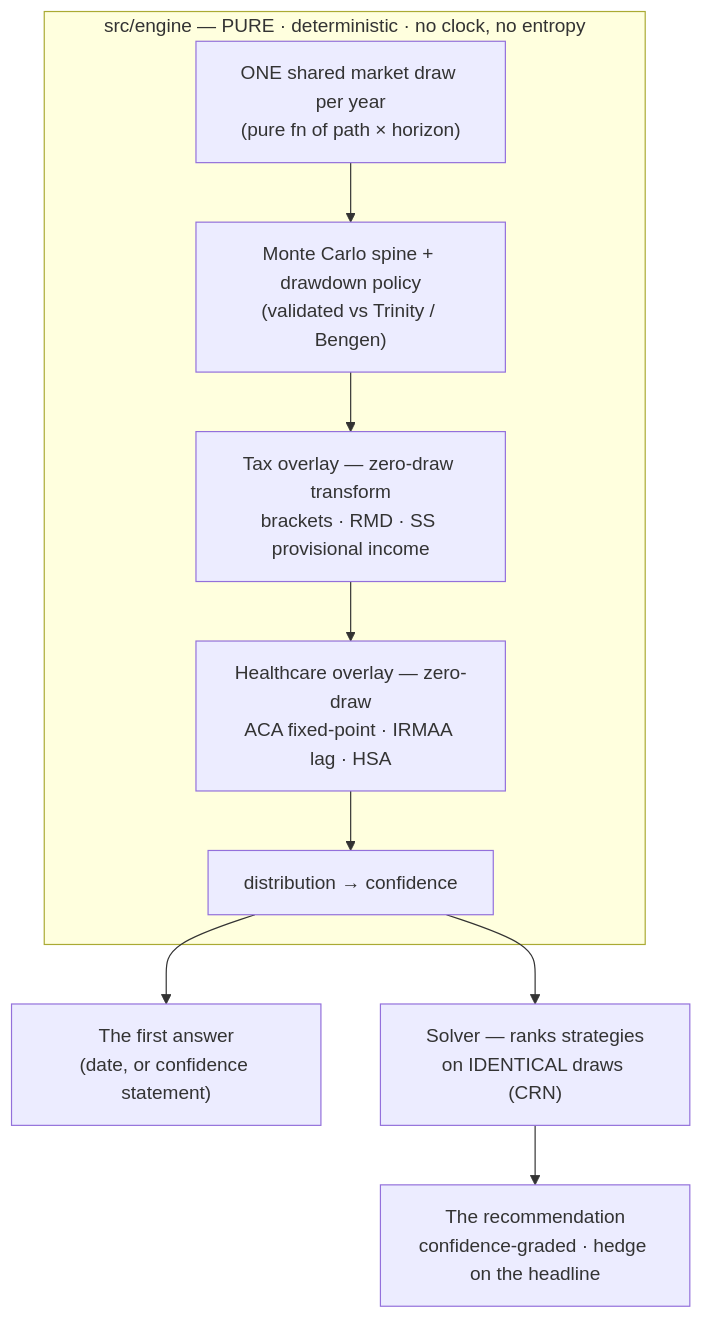
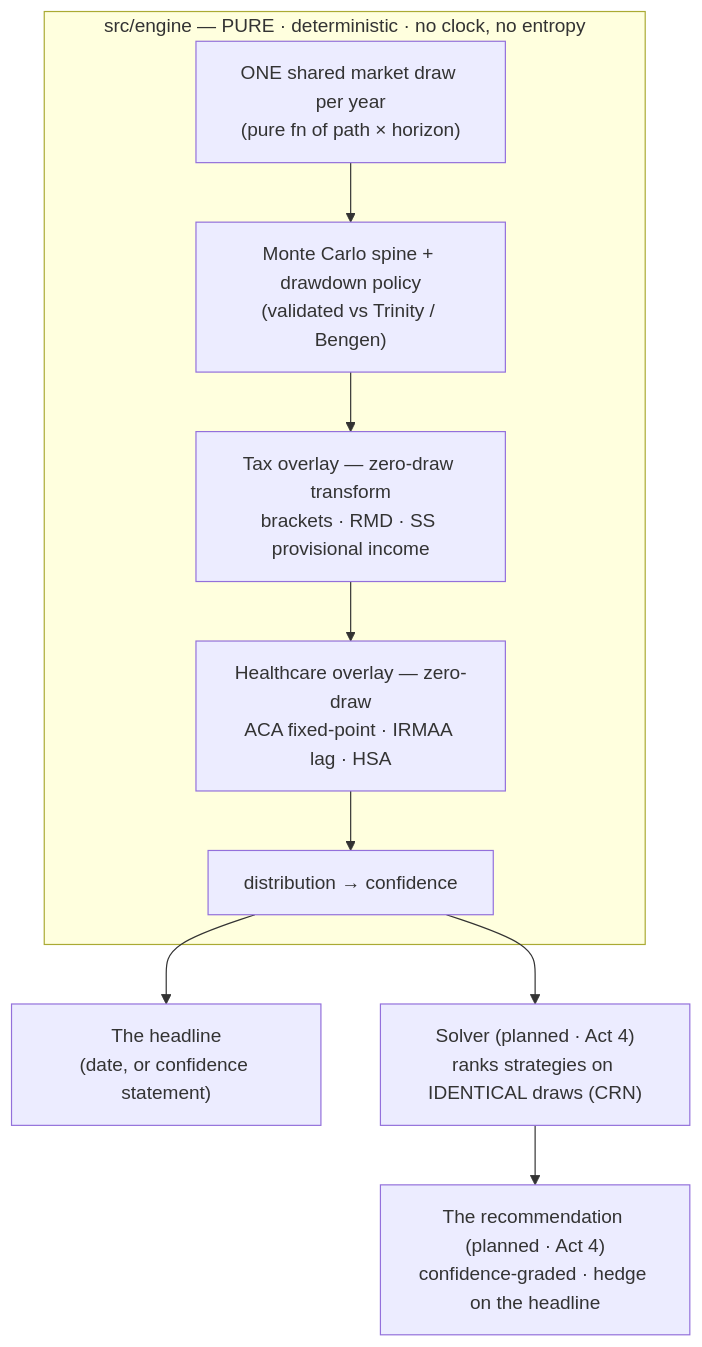
The diagram in projects/the-back-nine/README.md (mbriggsy/ai-learning-journey), drawn with Mermaid before and after one commit. The commit also changed other lines of this file and 7 other files, not shown here.

````diff
--- a/projects/the-back-nine/README.md
+++ b/projects/the-back-nine/README.md
@@ -36,13 +38,13 @@
 ```mermaid
 flowchart TD
     subgraph Engine["src/engine — PURE · deterministic · no clock, no entropy"]
       DRAW["ONE shared market draw per year<br/>(pure fn of path × horizon)"]
       SPINE["Monte Carlo spine + drawdown policy<br/>(validated vs Trinity / Bengen)"]
       TAX["Tax overlay — zero-draw transform<br/>brackets · RMD · SS provisional income"]
       HEALTH["Healthcare overlay — zero-draw<br/>ACA fixed-point · IRMAA lag · HSA"]
       DRAW --> SPINE --> TAX --> HEALTH --> DIST["distribution → confidence"]
     end
-    DIST --> ANS["The first answer<br/>(date, or confidence statement)"]
-    DIST --> SOLVER["Solver — ranks strategies<br/>on IDENTICAL draws (CRN)"]
-    SOLVER --> REC["The recommendation<br/>confidence-graded · hedge on the headline"]
+    DIST --> ANS["The headline<br/>(date, or confidence statement)"]
+    DIST --> SOLVER["Solver (planned · Act 4)<br/>ranks strategies on IDENTICAL draws (CRN)"]
+    SOLVER --> REC["The recommendation (planned · Act 4)<br/>confidence-graded · hedge on the headline"]
 ```
````
